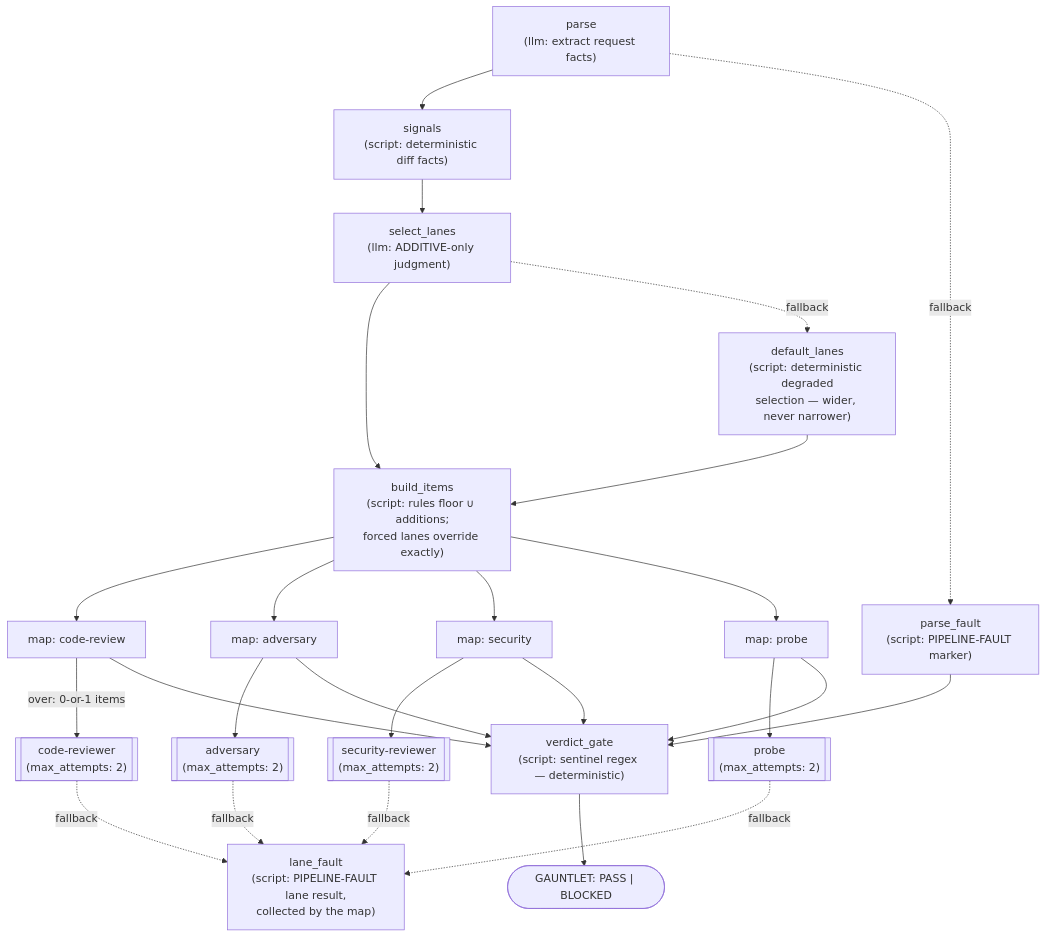
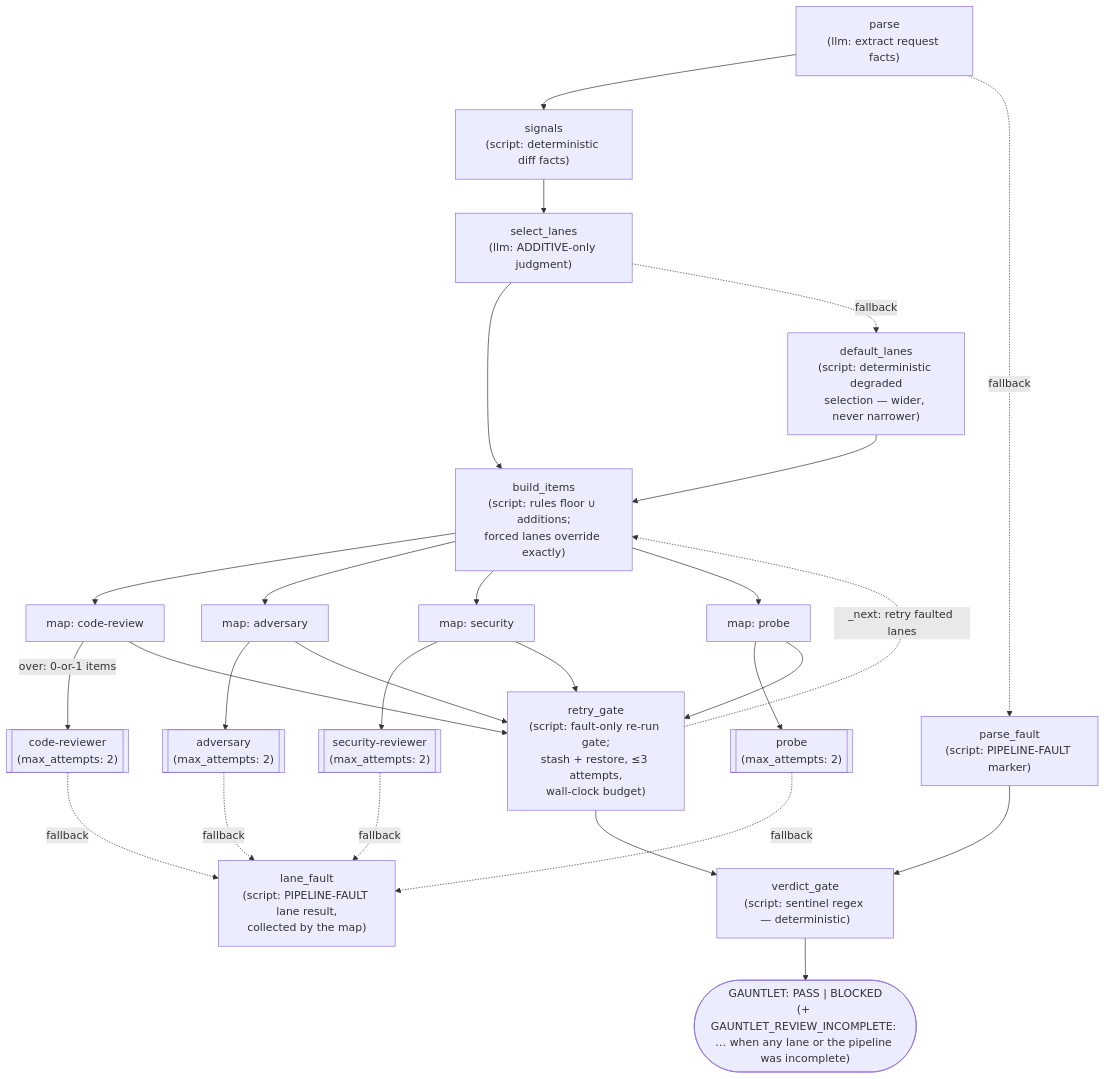
The diagram in assets/agents/review-gauntlet/README.md (Dark-Alex-17/coyote), drawn with Mermaid before and after one commit. The commit also changed other lines of this file and 4 other files, not shown here.

````diff
--- a/assets/agents/review-gauntlet/README.md
+++ b/assets/agents/review-gauntlet/README.md
@@ -11,21 +11,23 @@
 ```mermaid
 flowchart TD
     parse["parse<br/>(llm: extract request facts)"] --> signals["signals<br/>(script: deterministic diff facts)"]
     parse -. "fallback" .-> pfault["parse_fault<br/>(script: PIPELINE-FAULT marker)"]
     pfault --> gate
     signals --> select["select_lanes<br/>(llm: ADDITIVE-only judgment)"]
     select --> build["build_items<br/>(script: rules floor ∪ additions;<br/>forced lanes override exactly)"]
     select -. "fallback" .-> dlanes["default_lanes<br/>(script: deterministic degraded<br/>selection — wider, never narrower)"]
     dlanes --> build
     build --> mcr["map: code-review"] & madv["map: adversary"] & msec["map: security"] & mpb["map: probe"]
     mcr -->|"over: 0-or-1 items"| rcr[["code-reviewer<br/>(max_attempts: 2)"]]
     madv --> radv[["adversary<br/>(max_attempts: 2)"]]
     msec --> rsec[["security-reviewer<br/>(max_attempts: 2)"]]
     mpb --> rpb[["probe<br/>(max_attempts: 2)"]]
     rcr -. "fallback" .-> lfault["lane_fault<br/>(script: PIPELINE-FAULT lane result,<br/>collected by the map)"]
     radv -. "fallback" .-> lfault
     rsec -. "fallback" .-> lfault
     rpb -. "fallback" .-> lfault
-    mcr & madv & msec & mpb --> gate["verdict_gate<br/>(script: sentinel regex — deterministic)"]
-    gate --> done(["GAUNTLET: PASS | BLOCKED"])
+    mcr & madv & msec & mpb --> rgate["retry_gate<br/>(script: fault-only re-run gate;<br/>stash + restore, ≤3 attempts,<br/>wall-clock budget)"]
+    rgate -. "_next: retry faulted lanes" .-> build
+    rgate --> gate["verdict_gate<br/>(script: sentinel regex — deterministic)"]
+    gate --> done(["GAUNTLET: PASS | BLOCKED<br/>(+ GAUNTLET_REVIEW_INCOMPLETE: … when any lane or the pipeline was incomplete)"])
 ```
````
